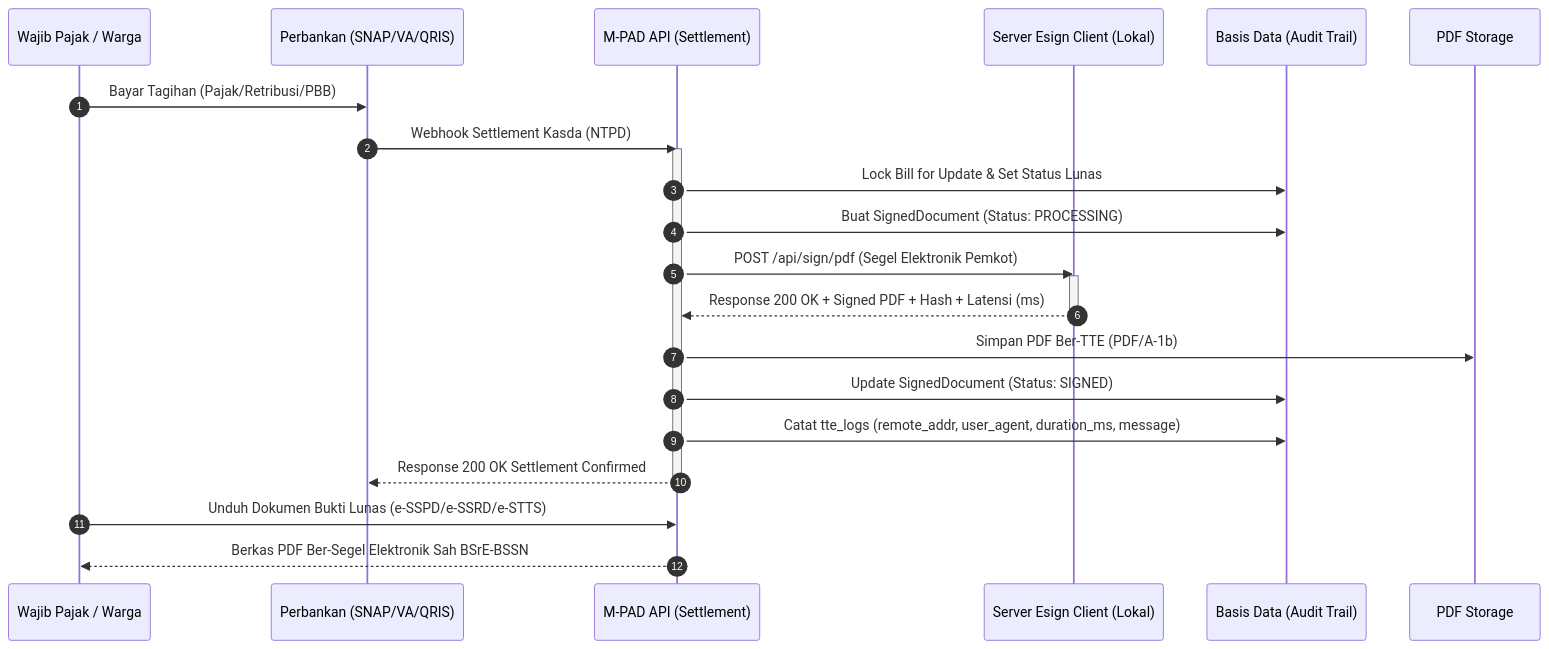
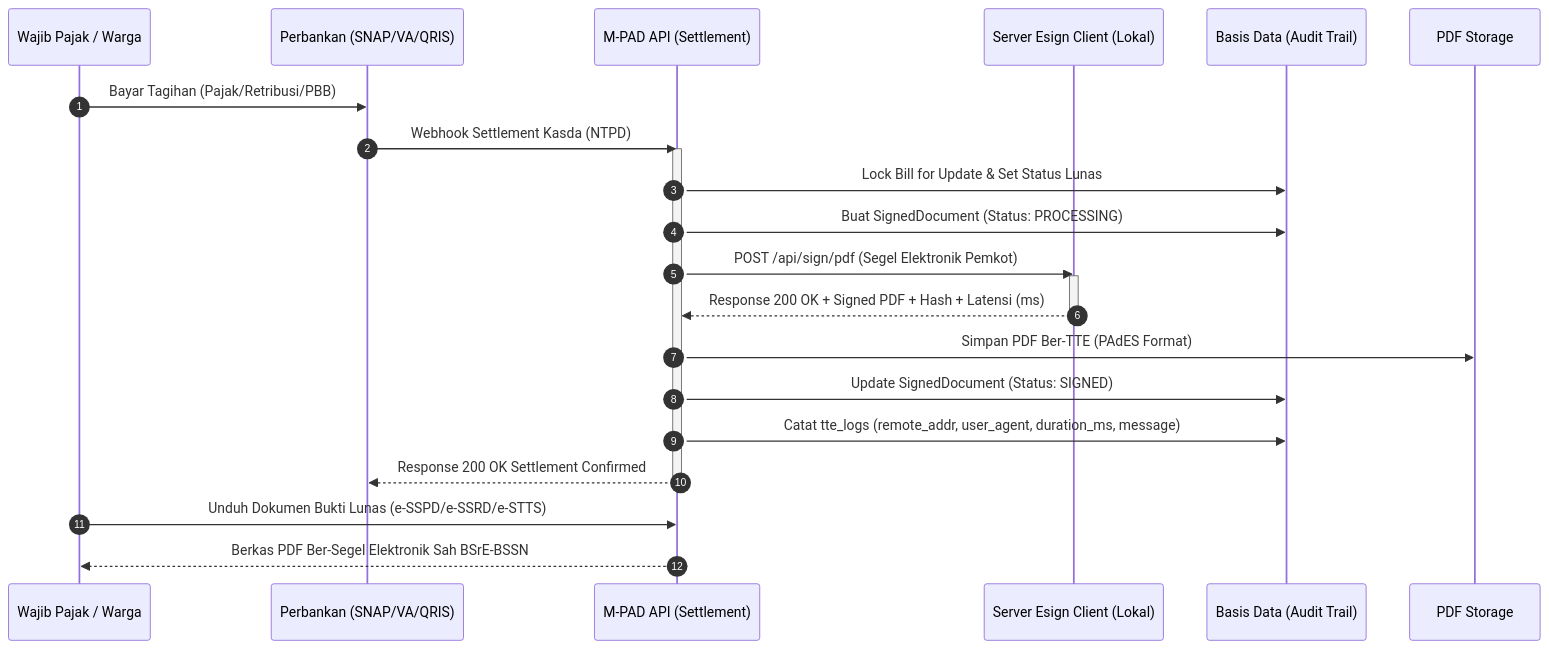
Before and after one commit to arif-rizal1122/retribusi-api: the second of 3 diagrams in docs/10_payment_gateway_h2h/BSRE/STANDAR_11_BSRE_H2H_IMPLEMENTATION_PLAN.md, drawn with Mermaid. The commit also changed other lines of this file and 26 other files, not shown here.

````diff
--- a/docs/10_payment_gateway_h2h/BSRE/STANDAR_11_BSRE_H2H_IMPLEMENTATION_PLAN.md
+++ b/docs/10_payment_gateway_h2h/BSRE/STANDAR_11_BSRE_H2H_IMPLEMENTATION_PLAN.md
@@ -101,27 +100,27 @@
 ```mermaid
 sequenceDiagram
     autonumber
     participant WP as Wajib Pajak / Warga
     participant Bank as Perbankan (SNAP/VA/QRIS)
     participant API as M-PAD API (Settlement)
     participant Esign as Server Esign Client (Lokal)
     participant DB as Basis Data (Audit Trail)
     participant Storage as PDF Storage
 
     WP->>Bank: Bayar Tagihan (Pajak/Retribusi/PBB)
     Bank->>API: Webhook Settlement Kasda (NTPD)
     activate API
     API->>DB: Lock Bill for Update & Set Status Lunas
     API->>DB: Buat SignedDocument (Status: PROCESSING)
     API->>Esign: POST /api/sign/pdf (Segel Elektronik Pemkot)
     activate Esign
     Esign-->>API: Response 200 OK + Signed PDF + Hash + Latensi (ms)
     deactivate Esign
-    API->>Storage: Simpan PDF Ber-TTE (PDF/A-1b)
+    API->>Storage: Simpan PDF Ber-TTE (PAdES Format)
     API->>DB: Update SignedDocument (Status: SIGNED)
     API->>DB: Catat tte_logs (remote_addr, user_agent, duration_ms, message)
     API-->>Bank: Response 200 OK Settlement Confirmed
     deactivate API
     WP->>API: Unduh Dokumen Bukti Lunas (e-SSPD/e-SSRD/e-STTS)
     API-->>WP: Berkas PDF Ber-Segel Elektronik Sah BSrE-BSSN
 ```
````
